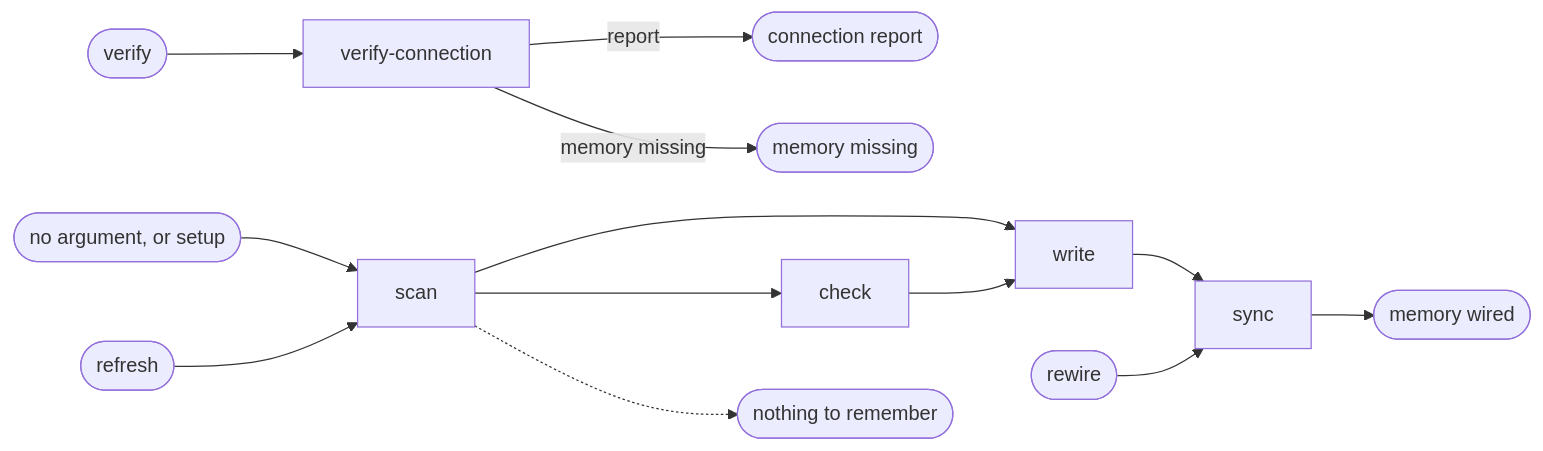
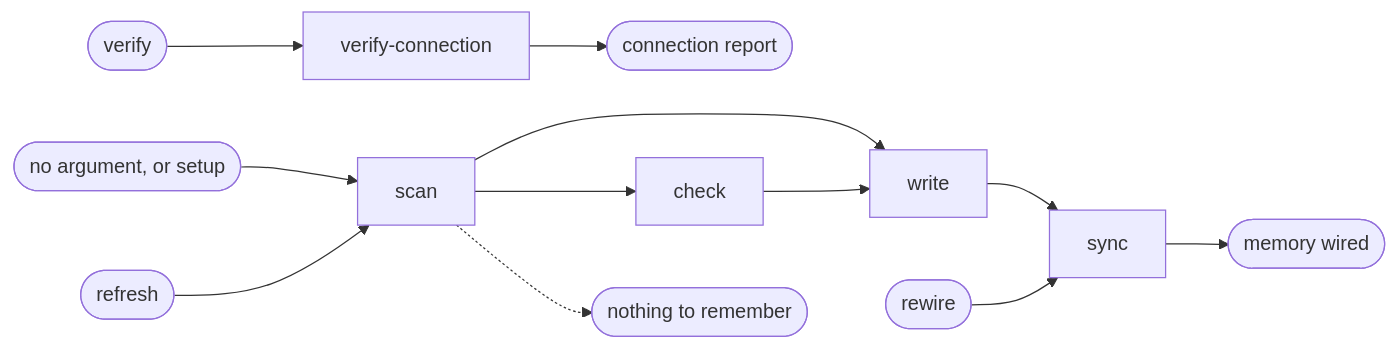
One commit to ai-driven-dev/framework changed the diagram in plugins/aidd-context/skills/02-project-memory/SKILL.md. Above: the diagram before and after it, drawn with Mermaid. The commit also changed other lines of this file and 3 other files, not shown here.

Commit message:
feat(aidd-context): compare service access options and verify relevant memory

````diff
--- a/plugins/aidd-context/skills/02-project-memory/SKILL.md
+++ b/plugins/aidd-context/skills/02-project-memory/SKILL.md
@@ -9,10 +9,9 @@
 ```mermaid
 flowchart LR
   new([no argument, or setup]) --> scan --> write --> sync --> wired([memory wired])
   update([refresh]) --> scan --> check --> write
   rewire([rewire]) --> sync
   verify([verify]) --> verify-connection
-  verify-connection -->|report| reported([connection report])
-  verify-connection -->|memory missing| missing([memory missing])
+  verify-connection --> reported([connection report])
   scan -.-> empty([nothing to remember])
 ```
````
